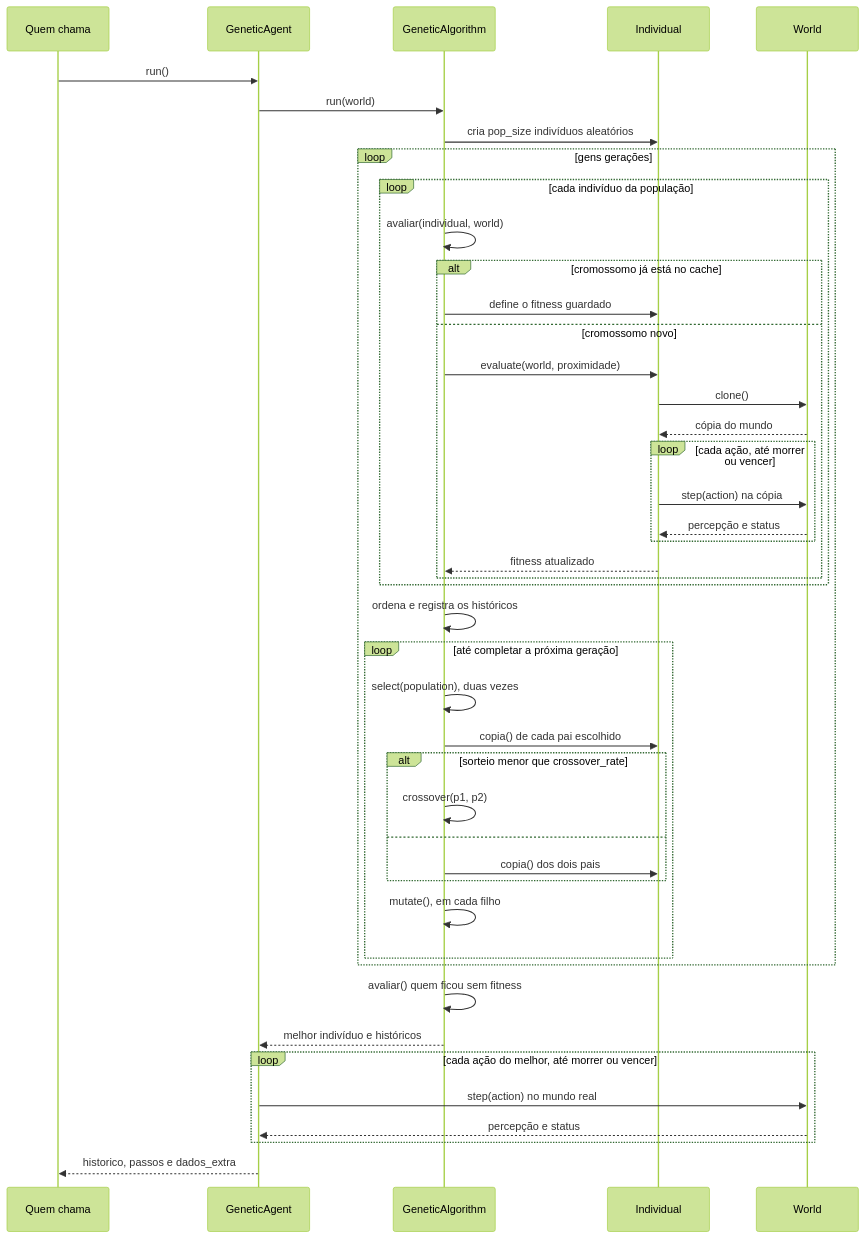
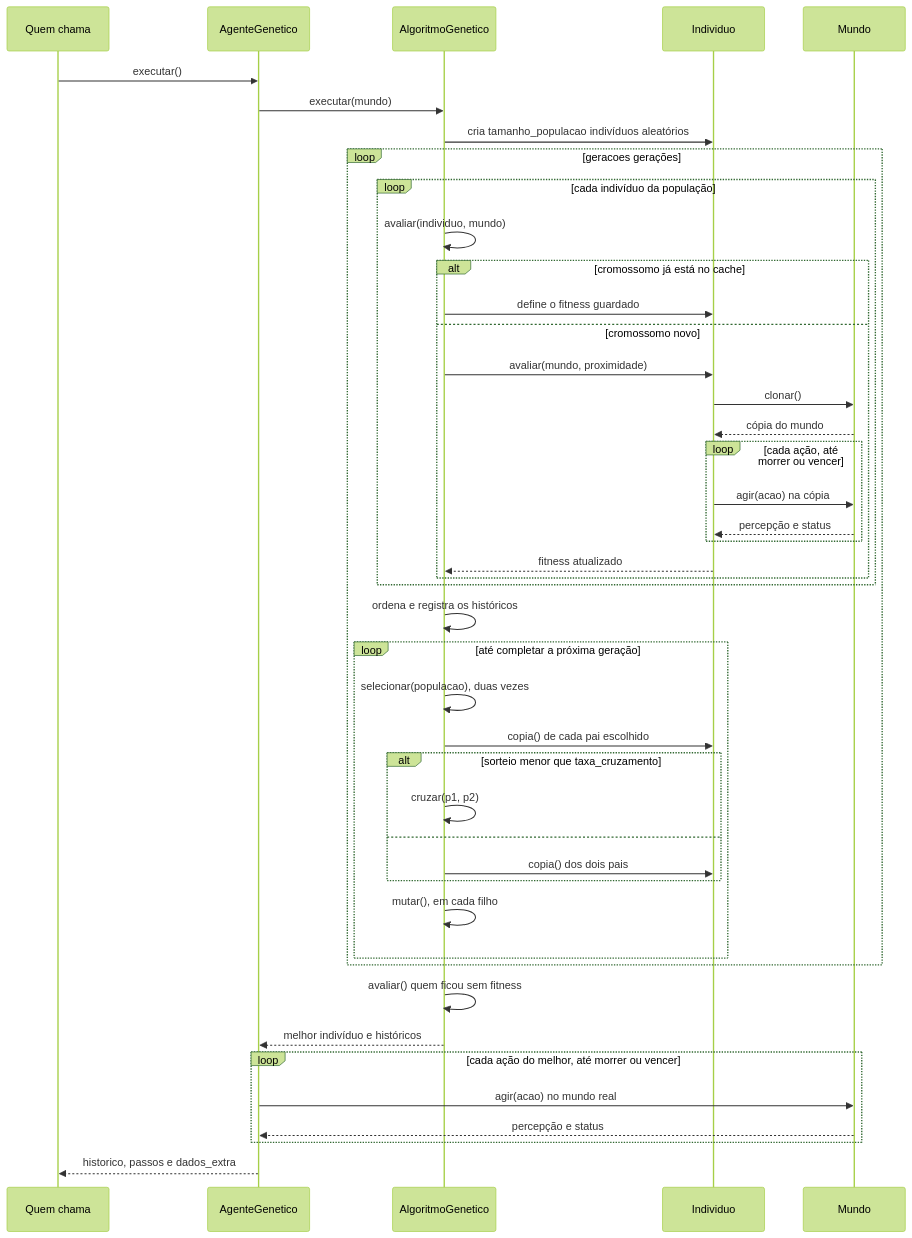
The diagram in docs/arquitetura/sequencia-ag.md (ingrid-kiki/wumpus_world_modular), drawn with Mermaid (forest theme) before and after one commit. The commit also changed other lines of this file and 14 other files, not shown here.

Commit message:
docs: nomes novos nos diagramas, guias e planos

````diff
--- a/docs/arquitetura/sequencia-ag.md
+++ b/docs/arquitetura/sequencia-ag.md
@@ -6,50 +6,50 @@
 ```mermaid
 sequenceDiagram
     participant Q as Quem chama
-    participant GA as GeneticAgent
-    participant AG as GeneticAlgorithm
-    participant I as Individual
-    participant M as World
+    participant GA as AgenteGenetico
+    participant AG as AlgoritmoGenetico
+    participant I as Individuo
+    participant M as Mundo
 
-    Q->>GA: run()
-    GA->>AG: run(world)
-    AG->>I: cria pop_size indivíduos aleatórios
+    Q->>GA: executar()
+    GA->>AG: executar(mundo)
+    AG->>I: cria tamanho_populacao indivíduos aleatórios
 
-    loop gens gerações
+    loop geracoes gerações
         loop cada indivíduo da população
-            AG->>AG: avaliar(individual, world)
+            AG->>AG: avaliar(individuo, mundo)
             alt cromossomo já está no cache
                 AG->>I: define o fitness guardado
             else cromossomo novo
-                AG->>I: evaluate(world, proximidade)
-                I->>M: clone()
+                AG->>I: avaliar(mundo, proximidade)
+                I->>M: clonar()
                 M-->>I: cópia do mundo
                 loop cada ação, até morrer ou vencer
-                    I->>M: step(action) na cópia
+                    I->>M: agir(acao) na cópia
                     M-->>I: percepção e status
                 end
                 I-->>AG: fitness atualizado
             end
         end
         AG->>AG: ordena e registra os históricos
         loop até completar a próxima geração
-            AG->>AG: select(population), duas vezes
+            AG->>AG: selecionar(populacao), duas vezes
             AG->>I: copia() de cada pai escolhido
-            alt sorteio menor que crossover_rate
-                AG->>AG: crossover(p1, p2)
+            alt sorteio menor que taxa_cruzamento
+                AG->>AG: cruzar(p1, p2)
             else
                 AG->>I: copia() dos dois pais
             end
-            AG->>AG: mutate(), em cada filho
+            AG->>AG: mutar(), em cada filho
         end
     end
 
     AG->>AG: avaliar() quem ficou sem fitness
     AG-->>GA: melhor indivíduo e históricos
 
     loop cada ação do melhor, até morrer ou vencer
-        GA->>M: step(action) no mundo real
+        GA->>M: agir(acao) no mundo real
         M-->>GA: percepção e status
     end
     GA-->>Q: historico, passos e dados_extra
 ```
````
